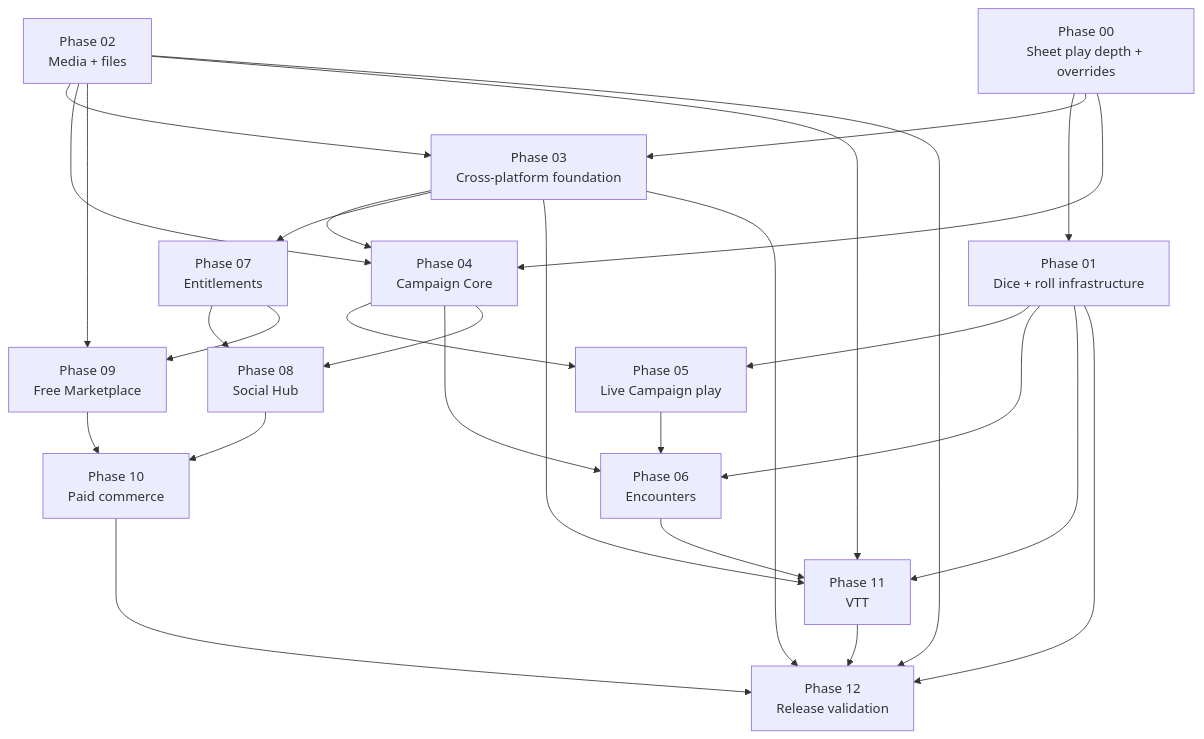
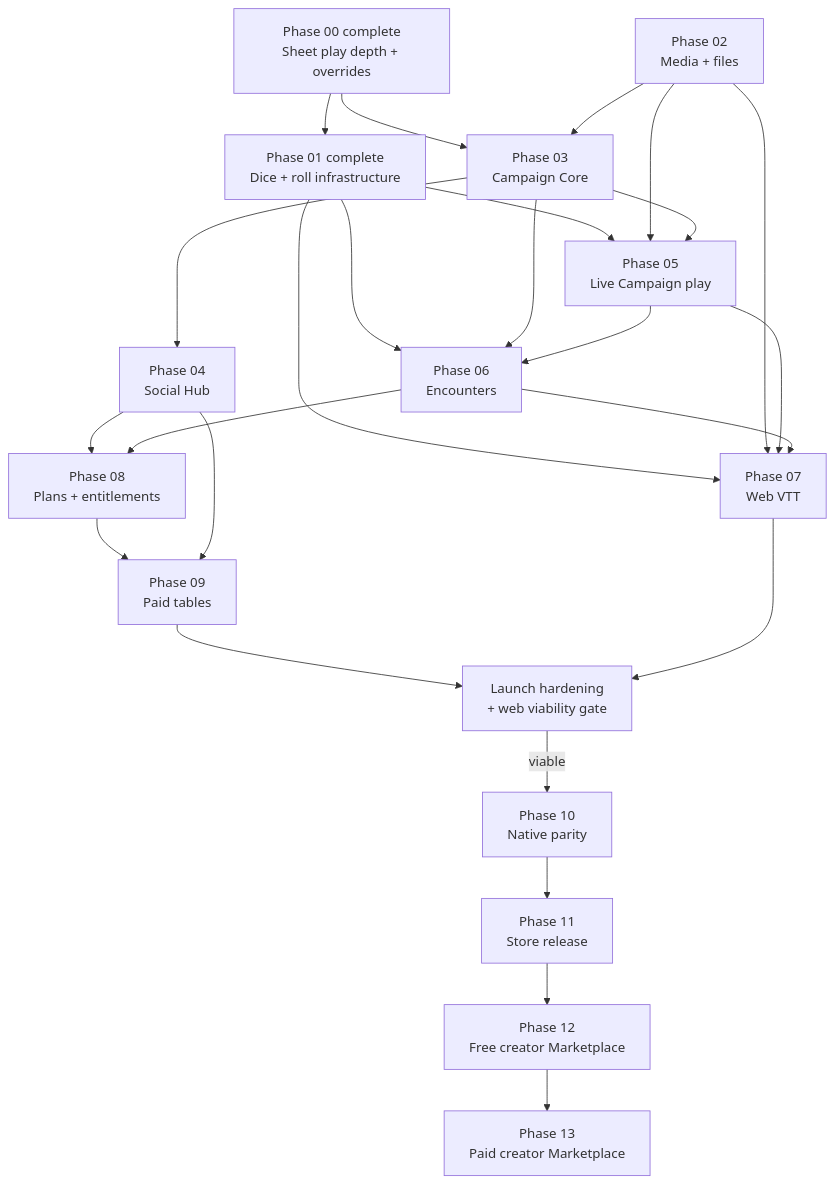
Before and after one commit to MPiland/artificer-toolkit: the second of 2 diagrams in docs/roadmap/README.md, drawn with Mermaid. The commit also changed other lines of this file and 17 other files, not shown here.

````diff
--- a/docs/roadmap/README.md
+++ b/docs/roadmap/README.md
@@ -105,30 +115,27 @@
 ```mermaid
 flowchart TD
-  P0["Phase 00<br/>Sheet play depth + overrides"] --> P1["Phase 01<br/>Dice + roll infrastructure"]
-  P0 --> P3["Phase 03<br/>Cross-platform foundation"]
+  P0["Phase 00 complete<br/>Sheet play depth + overrides"] --> P1["Phase 01 complete<br/>Dice + roll infrastructure"]
+  P0 --> P3["Phase 03<br/>Campaign Core"]
   P2["Phase 02<br/>Media + files"] --> P3
-  P0 --> P4["Phase 04<br/>Campaign Core"]
-  P2 --> P4
-  P3 --> P4
+  P3 --> P4["Phase 04<br/>Social Hub"]
   P1 --> P5["Phase 05<br/>Live Campaign play"]
-  P4 --> P5
+  P2 --> P5
+  P3 --> P5
   P1 --> P6["Phase 06<br/>Encounters"]
-  P4 --> P6
+  P3 --> P6
   P5 --> P6
-  P3 --> P7["Phase 07<br/>Entitlements"]
-  P4 --> P8["Phase 08<br/>Social Hub"]
-  P7 --> P8
-  P2 --> P9["Phase 09<br/>Free Marketplace"]
-  P7 --> P9
-  P9 --> P10["Phase 10<br/>Paid commerce"]
-  P8 --> P10
-  P1 --> P11["Phase 11<br/>VTT"]
-  P2 --> P11
-  P3 --> P11
-  P6 --> P11
-  P1 --> P12["Phase 12<br/>Release validation"]
-  P2 --> P12
-  P3 --> P12
-  P10 --> P12
-  P11 --> P12
+  P1 --> P7["Phase 07<br/>Web VTT"]
+  P2 --> P7
+  P5 --> P7
+  P6 --> P7
+  P4 --> P8["Phase 08<br/>Plans + entitlements"]
+  P6 --> P8
+  P8 --> P9["Phase 09<br/>Paid tables"]
+  P4 --> P9
+  P9 --> Launch["Launch hardening<br/>+ web viability gate"]
+  P7 --> Launch
+  Launch -->|viable| P10["Phase 10<br/>Native parity"]
+  P10 --> P11["Phase 11<br/>Store release"]
+  P11 --> P12["Phase 12<br/>Free creator Marketplace"]
+  P12 --> P13["Phase 13<br/>Paid creator Marketplace"]
 ```
````
